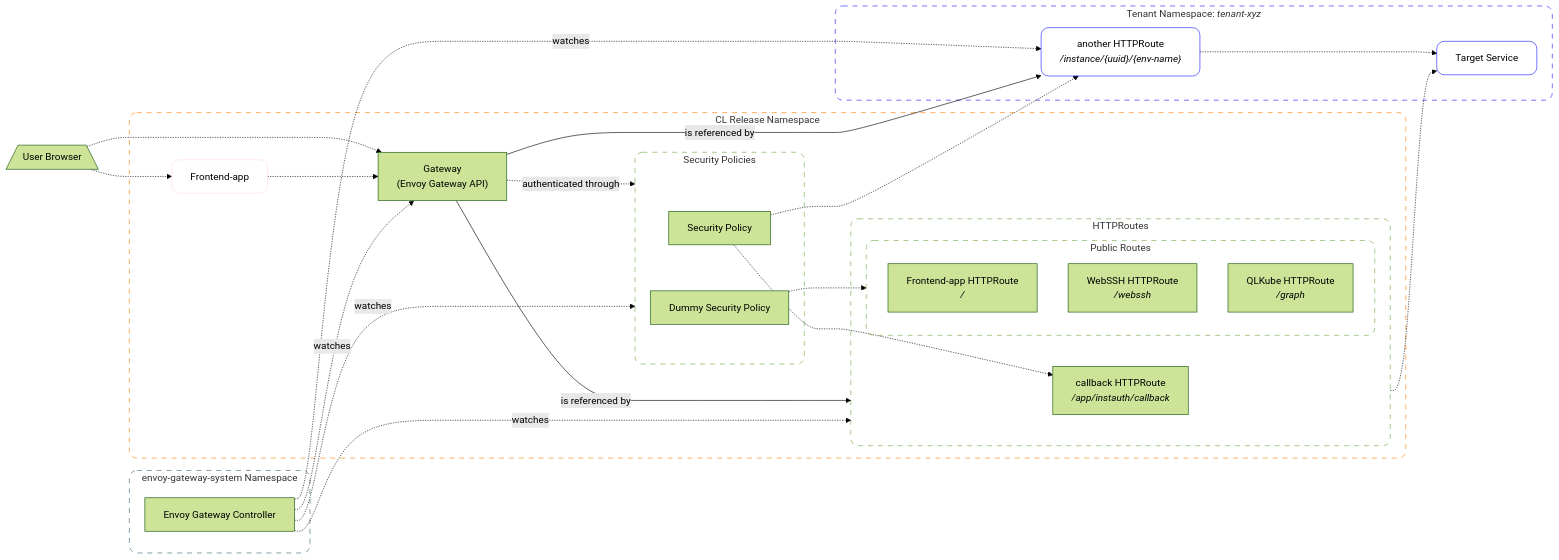
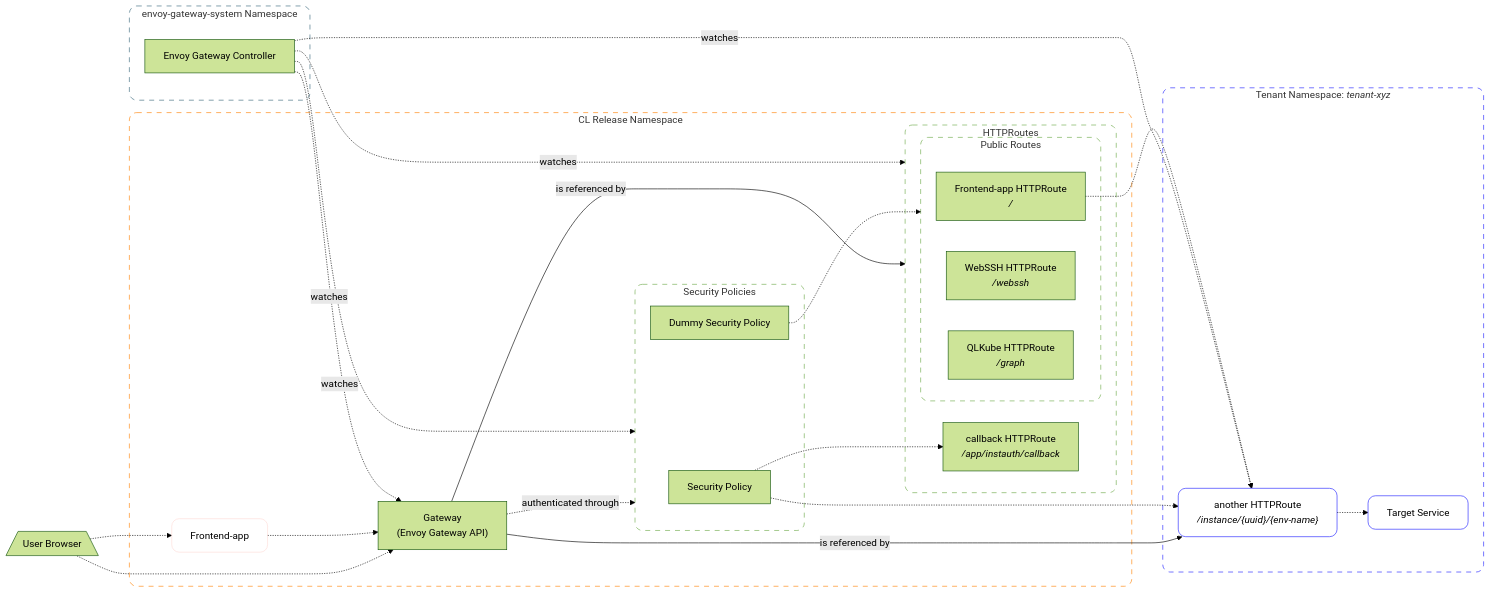
The second of 2 diagrams in deploy/crownlabs/docs/gateway-architecture-and-routing.md (netgroup-polito/CrownLabs), drawn with Mermaid (forest theme) before and after one commit.

Commit message:
fix route arrow

````diff
--- a/deploy/crownlabs/docs/gateway-architecture-and-routing.md
+++ b/deploy/crownlabs/docs/gateway-architecture-and-routing.md
@@ -81,67 +81,67 @@
 ```mermaid
 flowchart LR
 
 User@{shape: trap-b, label: "User Browser"}
 
 subgraph ReleaseNS["CL Release Namespace"]
     Gateway["`Gateway
         (Envoy Gateway API)`"]
     FrontendApp["Frontend-app"]:::FrontendStyle
 
     subgraph SecPols["Security Policies"]
         SecPolG["Security Policy"]
         SecPolDummy["Dummy Security Policy"]
     end
 
     subgraph Routes["HTTPRoutes"]
         CallbackRoute["`callback HTTPRoute
             _/app/instauth/callback_`"]
         subgraph PublicRoutes["Public Routes"]
             FrontendRoute["`Frontend-app HTTPRoute
                 _/_`"]
             WebSSHRoute["`WebSSH HTTPRoute
                 _/webssh_`"]
             QLKubeRoute["`QLKube HTTPRoute
                 _/graph_`"]
         end
     end
 end
 subgraph EnvoyNS["`envoy-gateway-system Namespace`"]
     EnvoyGatewayController["Envoy Gateway Controller"]
 end
 subgraph TenantNS["`Tenant Namespace: _tenant-xyz_`"]
     OtherRoute["`another HTTPRoute
         _/instance/{uuid}/{env-name}_`"]
     TargetService["Target Service"]
 end
 
 User .-> FrontendApp
 User .-> Gateway
 FrontendApp .-> Gateway
 Gateway -- is referenced by --> Routes
 Gateway -- is referenced by --> OtherRoute
 Gateway -. authenticated through .-> SecPols
 SecPolG .-> CallbackRoute
 SecPolG .-> OtherRoute
 SecPolDummy .-> PublicRoutes
 
 EnvoyGatewayController -. watches .-> Gateway
 EnvoyGatewayController -. watches .-> Routes
 EnvoyGatewayController -. watches .-> SecPols
 EnvoyGatewayController -. watches .-> OtherRoute
-Routes -.-> TargetService
+FrontendRoute -.-> OtherRoute
 OtherRoute -.-> TargetService
 
 classDef ReleaseNSStyle stroke:#FF8000,rx:12,ry:12,fill:none,stroke-dasharray:8
 classDef EnvoyNSStyle stroke:#38677B,rx:12,ry:12,fill:none,stroke-dasharray:8
 classDef TenantNSStyle stroke:#2222FF,rx:12,ry:12,fill:none,stroke-dasharray:8
 classDef GenericDomainStyle fill:none,rx:12,ry:12,stroke-dasharray:8
 classDef TenantStyle stroke:#2222FF,rx:12,ry:12,fill:none
 classDef FrontendStyle stroke:#FDDCD7,rx:12,ry:12,fill:none
 
 class ReleaseNS ReleaseNSStyle
 class EnvoyNS EnvoyNSStyle
 class TenantNS TenantNSStyle
 class Routes,PublicRoutes,SecPols GenericDomainStyle
 class OtherRoute,TargetService TenantStyle
 ```
````
